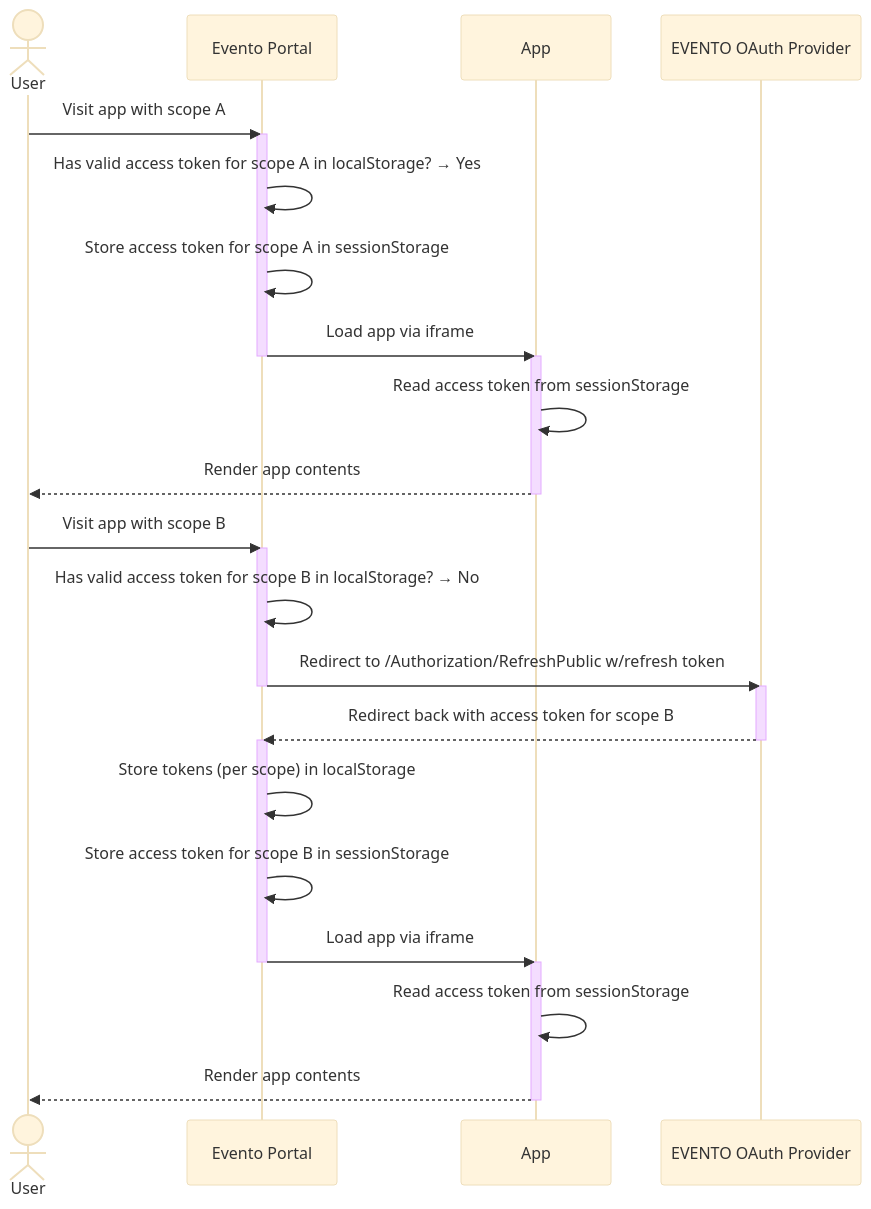
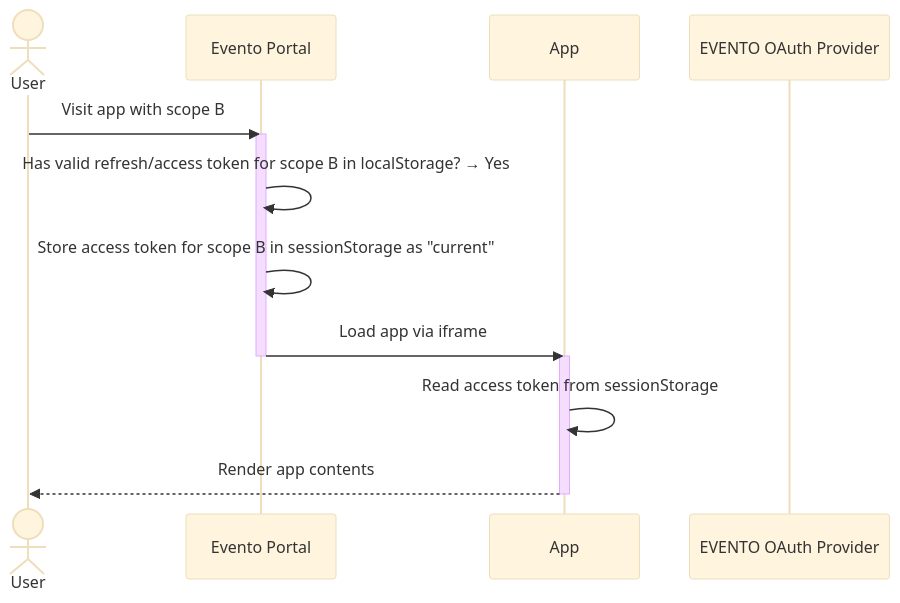
Before and after one commit to bkd-mba-fbi/evento-portal: the third of 6 diagrams in doc/sad.md, drawn with Mermaid (base theme). The commit also changed other lines of this file and 20 other files, not shown here.

````diff
--- a/doc/sad.md
+++ b/doc/sad.md
@@ -232,42 +277,20 @@
 ```mermaid
 sequenceDiagram
   actor user as User
   participant portal as Evento Portal
   participant app as App
   participant oauth as EVENTO OAuth Provider
 
-  user ->> portal: Visit app with scope A
-
-  activate portal
-  portal ->> portal: Has valid access token for scope A in localStorage? → Yes
-  portal ->> portal: Store access token for scope A in sessionStorage
-  portal ->> app: Load app via iframe
-  deactivate portal
-
-  activate app
-  app ->> app: Read access token from sessionStorage
-  app -->> user: Render app contents
-  deactivate app
-
   user ->> portal: Visit app with scope B
 
   activate portal
-  portal ->> portal: Has valid access token for scope B in localStorage? → No
-  portal ->> oauth: Redirect to /Authorization/RefreshPublic w/refresh token
-  deactivate portal
-
-  activate oauth
-  oauth -->> portal: Redirect back with access token for scope B
-  deactivate oauth
-
-  activate portal
-  portal ->> portal: Store tokens (per scope) in localStorage
-  portal ->> portal: Store access token for scope B in sessionStorage
+  portal ->> portal: Has valid refresh/access token for scope B in localStorage? → Yes
+  portal ->> portal: Store access token for scope B in sessionStorage as "current"
   portal ->> app: Load app via iframe
   deactivate portal
 
   activate app
   app ->> app: Read access token from sessionStorage
   app -->> user: Render app contents
   deactivate app
 ```
````
